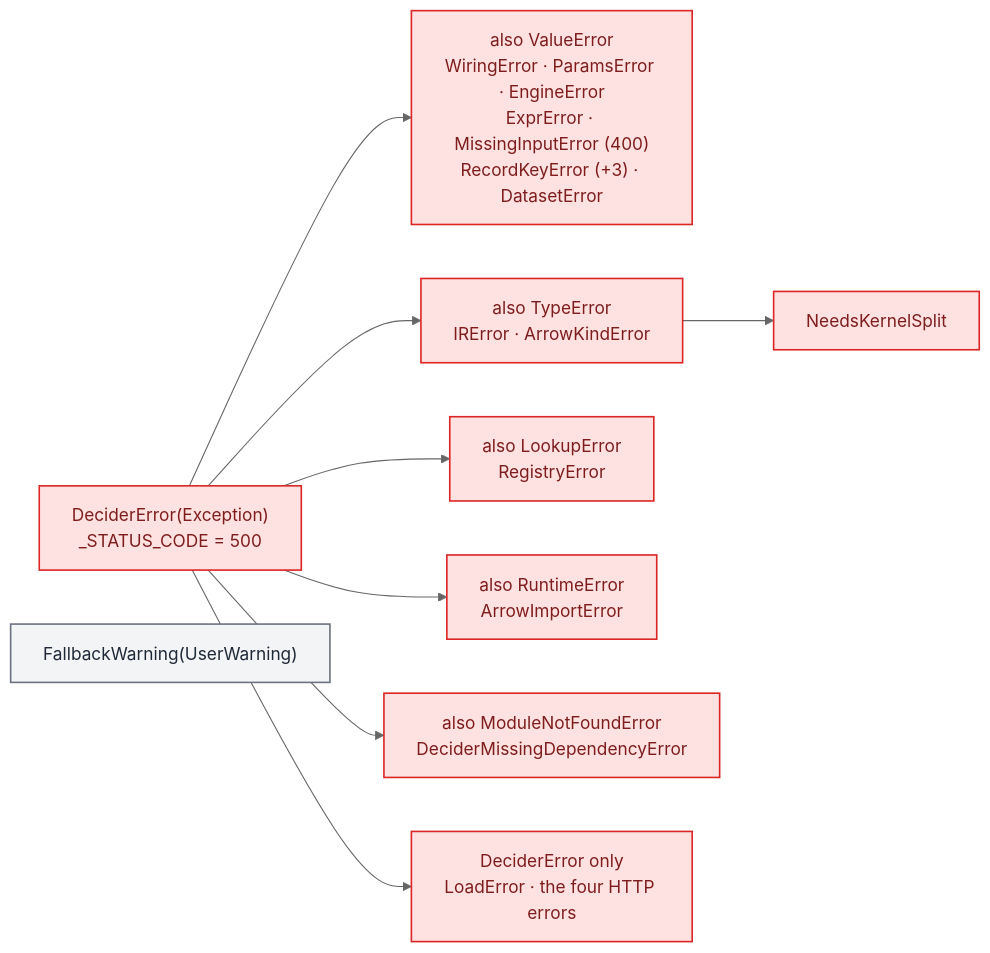
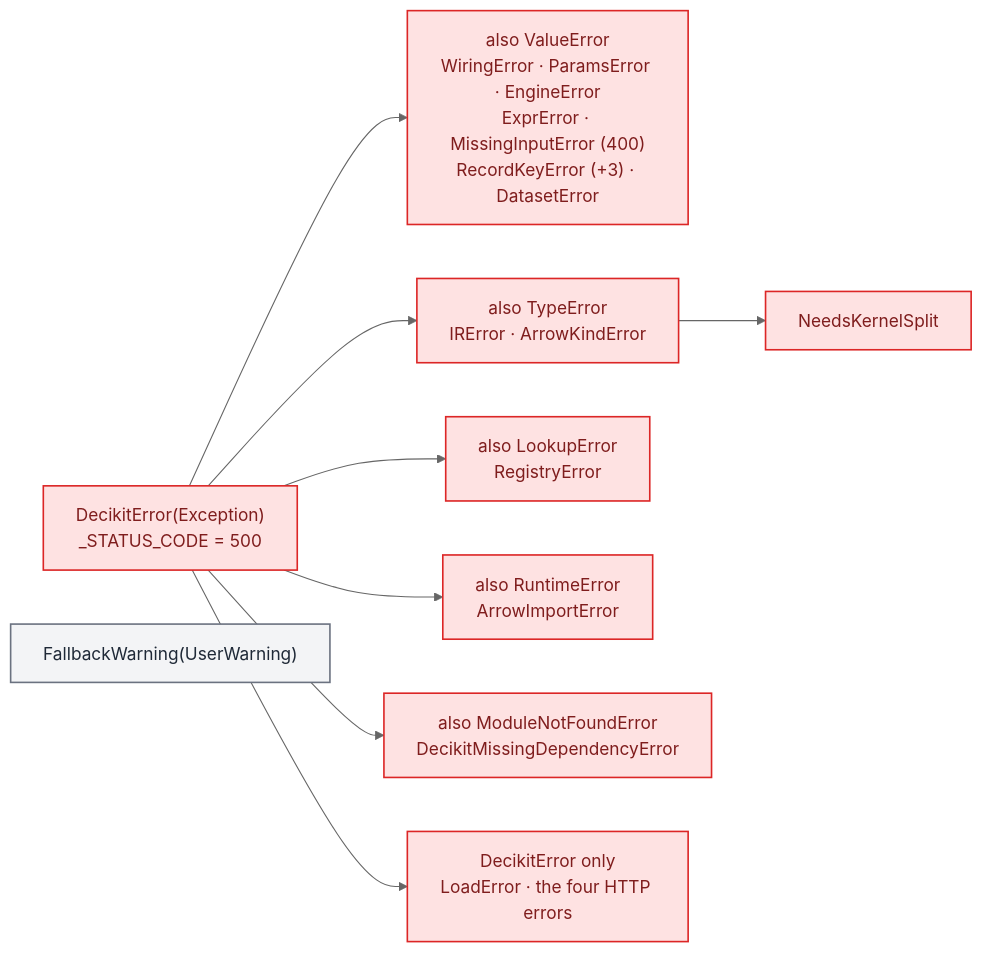
The second of 4 diagrams in docs/architecture/foundation.md (capitec/dsp-decision-engine), drawn with Mermaid (neutral theme) before and after one commit. The commit also changed other lines of this file and 1292 other files, not shown here.

Commit message:
rename decider to decikit: package, CLI, DECIKIT_* settings, plugin, extension, docs prose says decider toolkit

````diff
--- a/docs/architecture/foundation.md
+++ b/docs/architecture/foundation.md
@@ -210,14 +210,14 @@
 ```mermaid
 flowchart LR
-    root["DeciderError(Exception)<br/>_STATUS_CODE = 500"]:::error
+    root["DecikitError(Exception)<br/>_STATUS_CODE = 500"]:::error
     root --> v["also ValueError<br/>WiringError · ParamsError · EngineError<br/>ExprError · MissingInputError (400)<br/>RecordKeyError (+3) · DatasetError"]:::error
     root --> ty["also TypeError<br/>IRError · ArrowKindError"]:::error
     ty --> nks["NeedsKernelSplit"]:::error
     root --> lk["also LookupError<br/>RegistryError"]:::error
     root --> rt["also RuntimeError<br/>ArrowImportError"]:::error
-    root --> mnf["also ModuleNotFoundError<br/>DeciderMissingDependencyError"]:::error
-    root --> plain["DeciderError only<br/>LoadError · the four HTTP errors"]:::error
+    root --> mnf["also ModuleNotFoundError<br/>DecikitMissingDependencyError"]:::error
+    root --> plain["DecikitError only<br/>LoadError · the four HTTP errors"]:::error
     warn["FallbackWarning(UserWarning)"]:::neutral
     classDef error fill:#fee2e2,stroke:#dc2626,color:#7f1d1d,stroke-width:1.5px;
     classDef neutral fill:#f3f4f6,stroke:#6b7280,color:#1f2937,stroke-width:1.5px;
 ```
````
